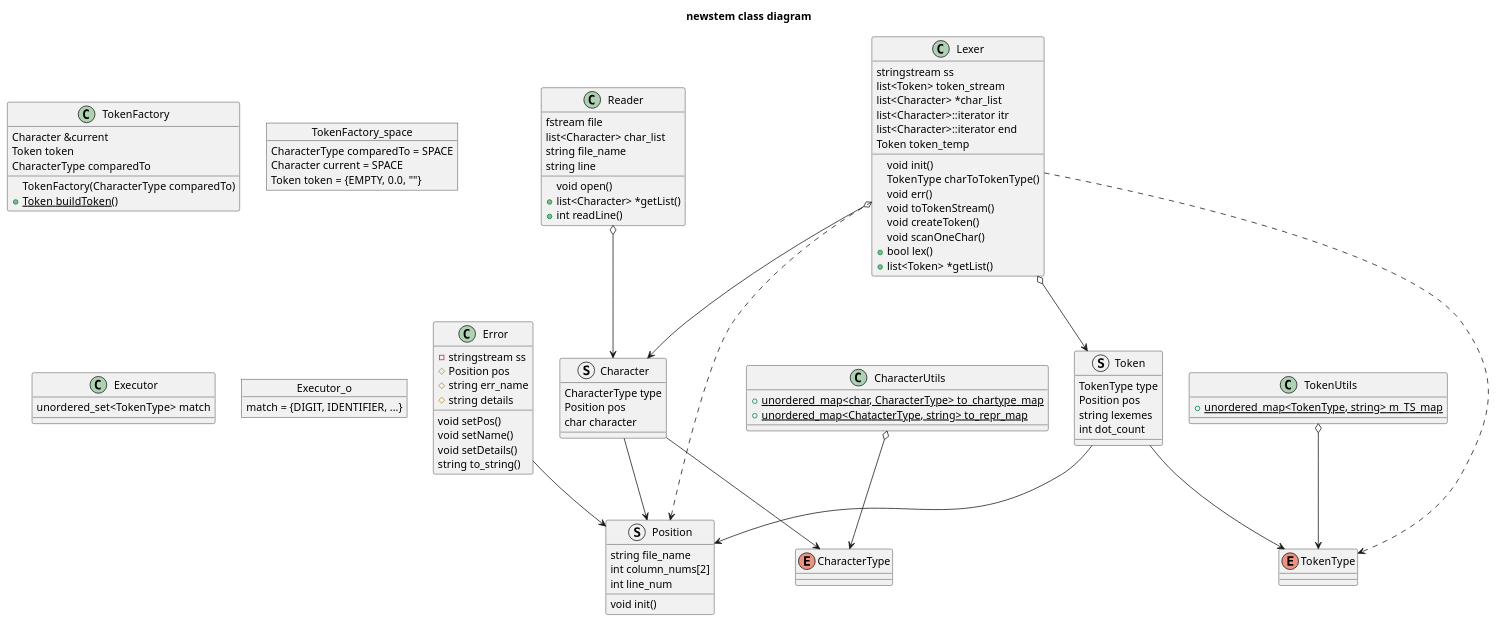
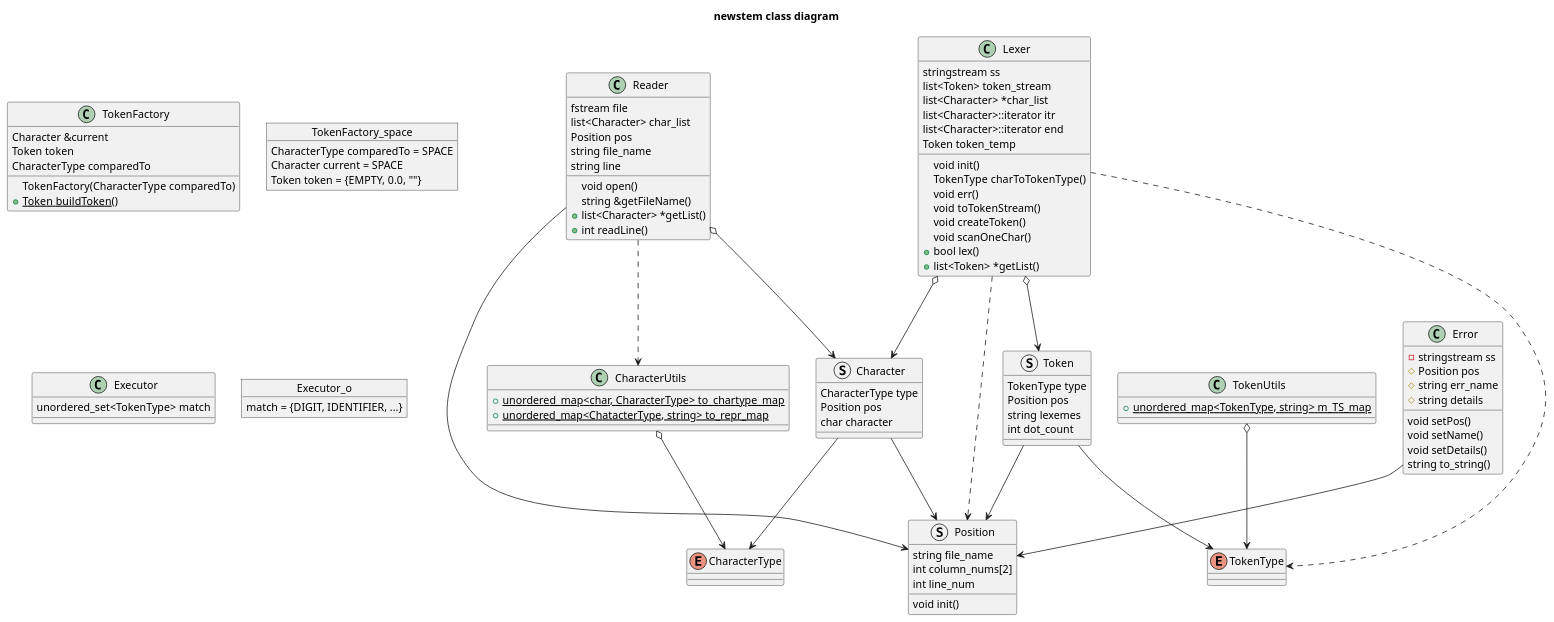
Before and after one commit to CSaintos/Mua: the second of 2 diagrams in .devcontainer/stem.md, drawn with PlantUML. The commit also changed 8 other files, not shown here.

Commit message:
Update Reader to utilize Character

```diff
--- a/.devcontainer/stem.md
+++ b/.devcontainer/stem.md
@@ -224,13 +224,17 @@
 class Reader {
 fstream file
 list<Character> char_list
+Position pos
 string file_name
 string line
 void open()
+string &getFileName()
 +list<Character> *getList()
 +int readLine()
 }
 Reader o--> Character
+Reader --> Position
+Reader ..> CharacterUtils
 enum TokenType
 struct Token {
 TokenType type
```
